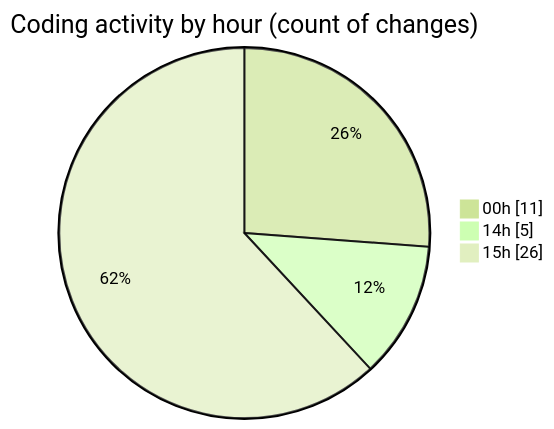
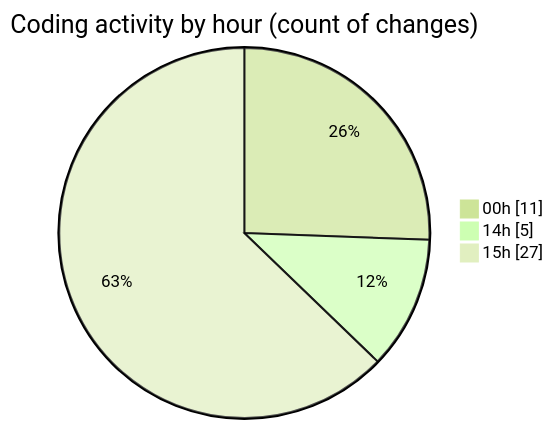
One commit to Ritupan-Deka/code-tracking changed the second of 2 diagrams in 2025-06-21/refinedproject/README.md. Above: the diagram before and after it, drawn with Mermaid (forest theme). The commit also changed other lines of this file and 1 other file, not shown here.

````diff
--- a/2025-06-21/refinedproject/README.md
+++ b/2025-06-21/refinedproject/README.md
@@ -35,7 +35,7 @@
 ```mermaid
 pie showData
 title Coding activity by hour (count of changes)
 "00h" : 11
 "14h" : 5
-"15h" : 26
+"15h" : 27
 ```
````
